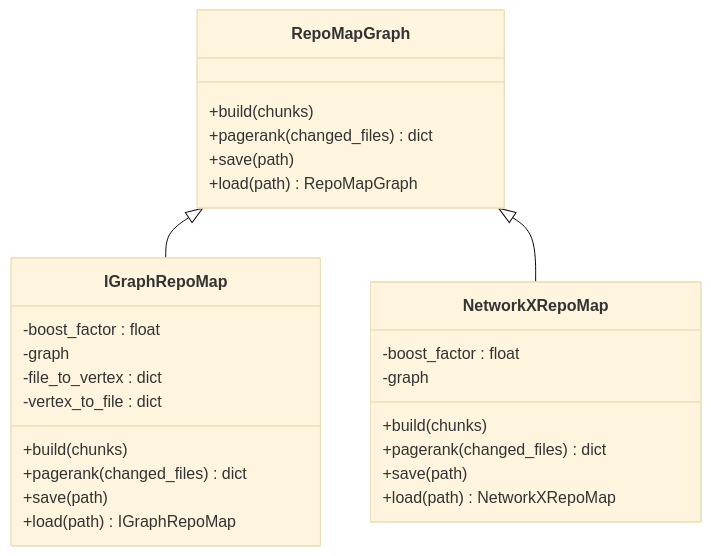
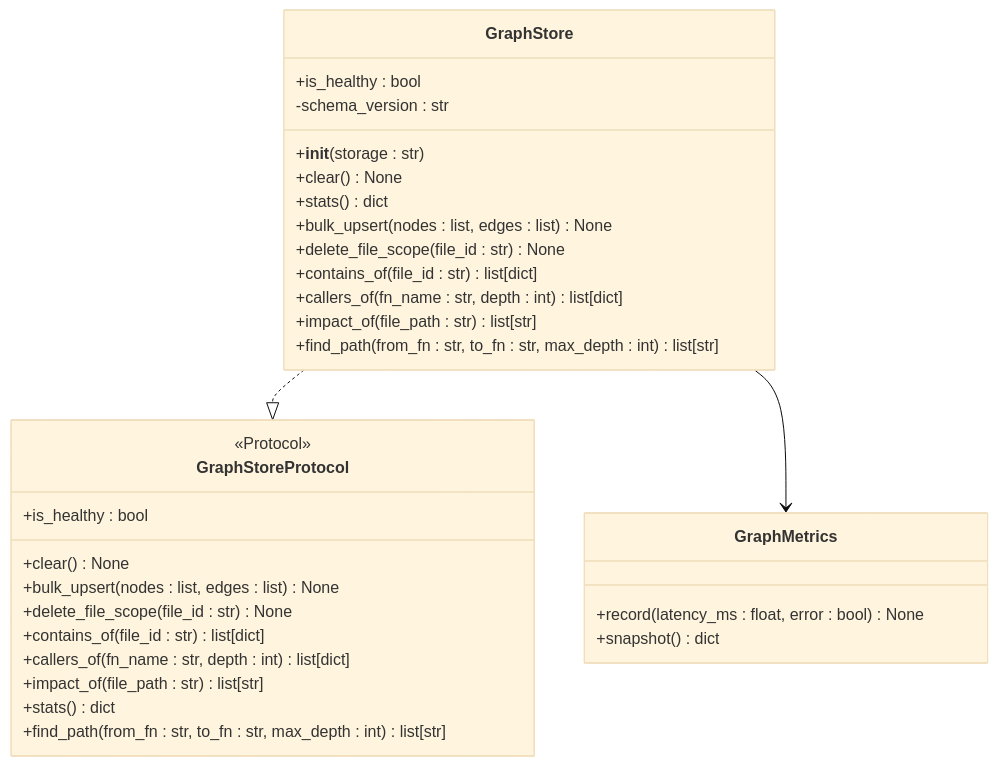
Before and after one commit to maemreyo/zmr-ctx-paker: the third of 10 diagrams in .qoder/repowiki/en/content/Core Modules/Graph Engine.md, drawn with Mermaid (base theme). The commit also changed other lines of this file and 25 other files, not shown here.

````diff
--- a/.qoder/repowiki/en/content/Core Modules/Graph Engine.md
+++ b/.qoder/repowiki/en/content/Core Modules/Graph Engine.md
@@ -155,29 +215,34 @@
 ```mermaid
 classDiagram
-class RepoMapGraph {
-+build(chunks)
-+pagerank(changed_files) dict
-+save(path)
-+load(path) RepoMapGraph
+class GraphStore {
++__init__(storage : str)
++is_healthy : bool
++clear() None
++stats() dict
++bulk_upsert(nodes : list, edges : list) None
++delete_file_scope(file_id : str) None
++contains_of(file_id : str) list[dict]
++callers_of(fn_name : str, depth : int) list[dict]
++impact_of(file_path : str) list[str]
++find_path(from_fn : str, to_fn : str, max_depth : int) list[str]
+-schema_version : str
 }
-class IGraphRepoMap {
--boost_factor : float
--graph
--file_to_vertex : dict
--vertex_to_file : dict
-+build(chunks)
-+pagerank(changed_files) dict
-+save(path)
-+load(path) IGraphRepoMap
+class GraphMetrics {
++record(latency_ms : float, error : bool) None
++snapshot() dict
 }
-class NetworkXRepoMap {
--boost_factor : float
--graph
-+build(chunks)
-+pagerank(changed_files) dict
-+save(path)
-+load(path) NetworkXRepoMap
+class GraphStoreProtocol {
+<<Protocol>>
++is_healthy : bool
++clear() None
++bulk_upsert(nodes : list, edges : list) None
++delete_file_scope(file_id : str) None
++contains_of(file_id : str) list[dict]
++callers_of(fn_name : str, depth : int) list[dict]
++impact_of(file_path : str) list[str]
++stats() dict
++find_path(from_fn : str, to_fn : str, max_depth : int) list[str]
 }
-RepoMapGraph <|-- IGraphRepoMap
-RepoMapGraph <|-- NetworkXRepoMap
+GraphStore ..|> GraphStoreProtocol
+GraphStore --> GraphMetrics
 ```
````
